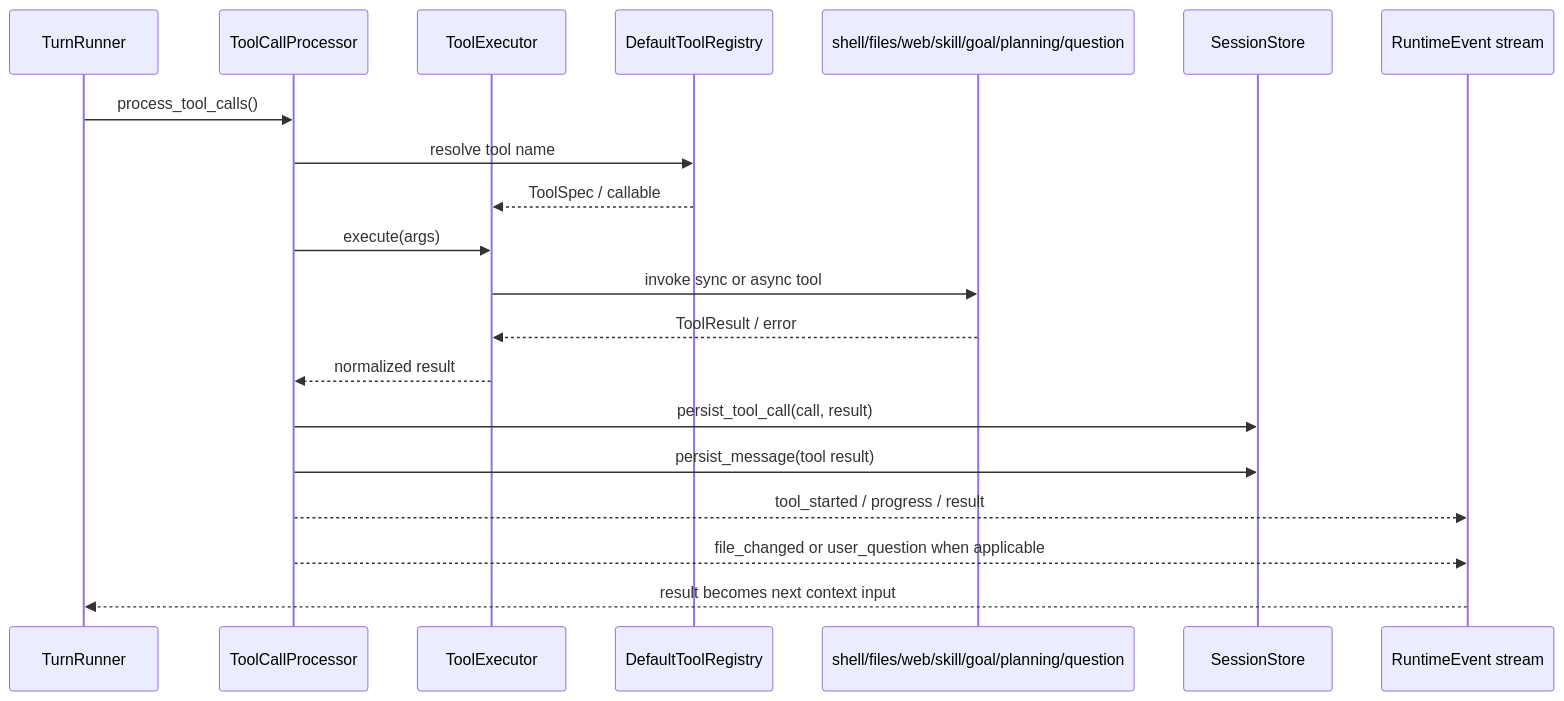
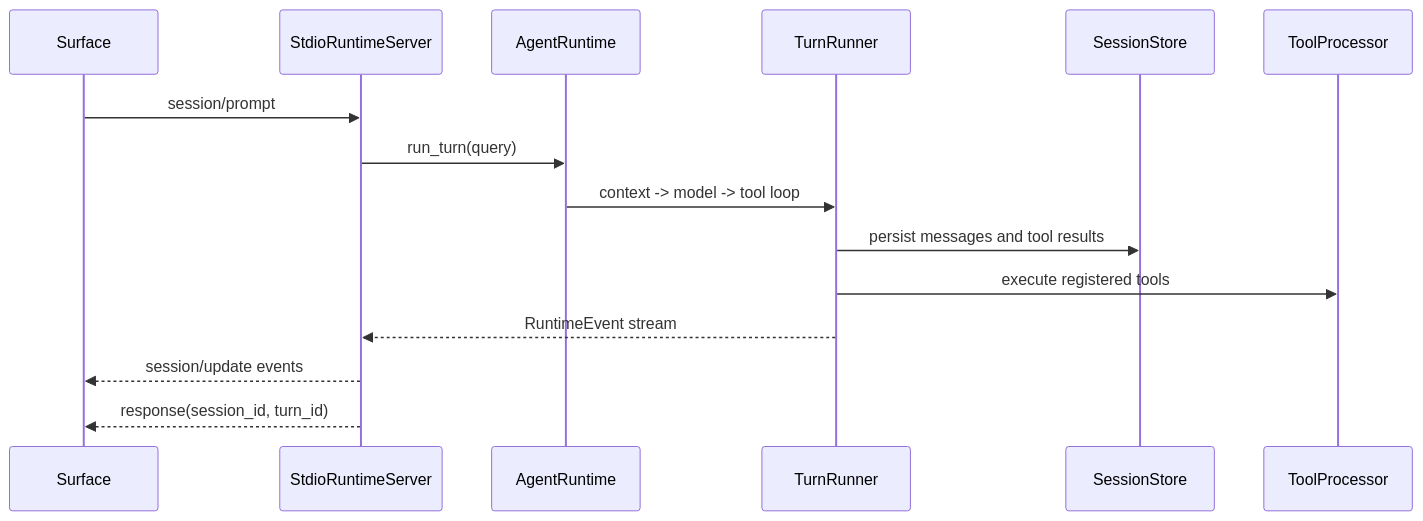
Before and after one commit to Azzurroooo/rind: the second of 2 diagrams in docs/main_pipeline.md, drawn with Mermaid. The commit also changed other lines of this file and 22 other files, not shown here.

````diff
--- a/docs/main_pipeline.md
+++ b/docs/main_pipeline.md
@@ -398,23 +59,18 @@
 ```mermaid
 sequenceDiagram
+    participant Surface
+    participant Server as StdioRuntimeServer
+    participant Runtime as AgentRuntime
     participant Runner as TurnRunner
-    participant Processor as ToolCallProcessor
-    participant Executor as ToolExecutor
-    participant Registry as DefaultToolRegistry
-    participant Builtin as shell/files/web/skill/goal/planning/question
     participant Store as SessionStore
-    participant Event as RuntimeEvent stream
+    participant Tools as ToolProcessor
 
-    Runner->>Processor: process_tool_calls()
-    Processor->>Registry: resolve tool name
-    Registry-->>Executor: ToolSpec / callable
-    Processor->>Executor: execute(args)
-    Executor->>Builtin: invoke sync or async tool
-    Builtin-->>Executor: ToolResult / error
-    Executor-->>Processor: normalized result
-    Processor->>Store: persist_tool_call(call, result)
-    Processor->>Store: persist_message(tool result)
-    Processor-->>Event: tool_started / progress / result
-    Processor-->>Event: file_changed or user_question when applicable
-    Event-->>Runner: result becomes next context input
+    Surface->>Server: session/prompt
+    Server->>Runtime: run_turn(query)
+    Runtime->>Runner: context -> model -> tool loop
+    Runner->>Store: persist messages and tool results
+    Runner->>Tools: execute registered tools
+    Runner-->>Server: RuntimeEvent stream
+    Server-->>Surface: session/update events
+    Server-->>Surface: response(session_id, turn_id)
 ```
````
